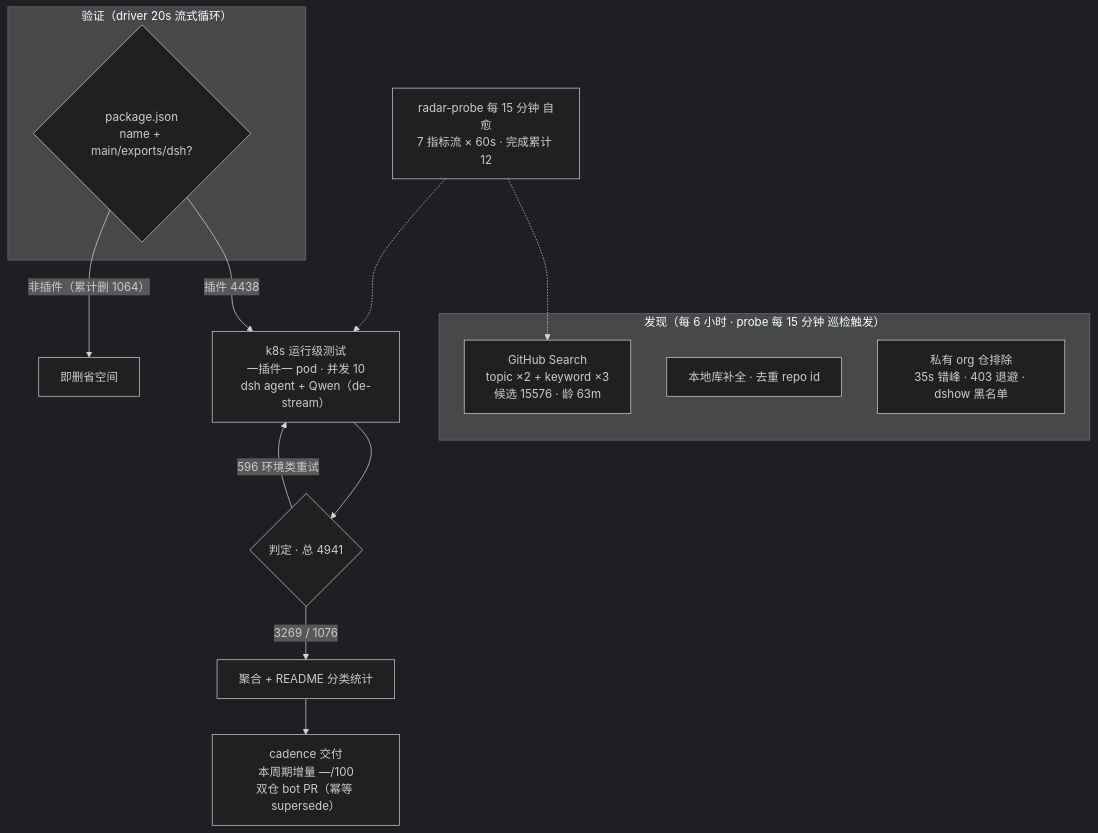
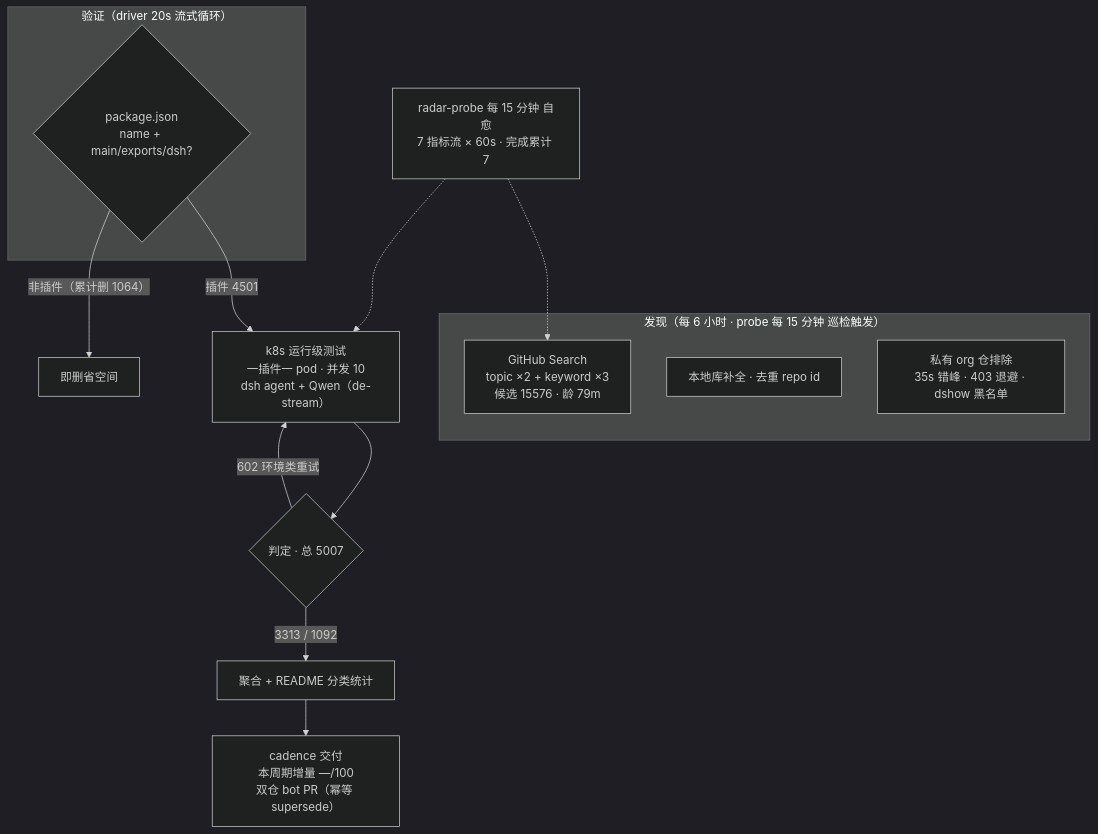
The diagram in README.md (Zhidao-Lab-OSS/awesome-dsh-plugins), drawn with Mermaid (dark theme) before and after one commit. The commit also changed other lines of this file and 1 other file, not shown here.

````diff
--- a/README.md
+++ b/README.md
@@ -37,20 +37,20 @@
 ```mermaid
 flowchart TB
     subgraph Discovery["发现（每 6 小时 · probe 每 15 分钟 巡检触发）"]
-        A1["GitHub Search<br/>topic ×2 + keyword ×3<br/>候选 15576 · 龄 63m"]
+        A1["GitHub Search<br/>topic ×2 + keyword ×3<br/>候选 15576 · 龄 79m"]
         A2["本地库补全 · 去重 repo id"]
         A3["私有 org 仓排除<br/>35s 错峰 · 403 退避 · dshow 黑名单"]
     end
     subgraph Validation["验证（driver 20s 流式循环）"]
         B1{"package.json<br/>name + main/exports/dsh?"}
     end
-    B1 -->|"插件 4438"| C1["k8s 运行级测试<br/>一插件一 pod · 并发 10<br/>dsh agent + Qwen（de-stream）"]
+    B1 -->|"插件 4501"| C1["k8s 运行级测试<br/>一插件一 pod · 并发 10<br/>dsh agent + Qwen（de-stream）"]
     B1 -->|"非插件（累计删 1064）"| B3["即删省空间"]
-    C1 --> D1{"判定 · 总 4941"}
-    D1 -->|"3269 / 1076"| E1["聚合 + README 分类统计"]
-    D1 -->|"596 环境类重试"| C1
+    C1 --> D1{"判定 · 总 5007"}
+    D1 -->|"3313 / 1092"| E1["聚合 + README 分类统计"]
+    D1 -->|"602 环境类重试"| C1
     E1 --> E2["cadence 交付<br/>本周期增量 —/100<br/>双仓 bot PR（幂等 supersede）"]
-    M["radar-probe 每 15 分钟 自愈<br/>7 指标流 × 60s · 完成累计 12"]
+    M["radar-probe 每 15 分钟 自愈<br/>7 指标流 × 60s · 完成累计 7"]
     M -.-> A1
     M -.-> C1
 ```
````
